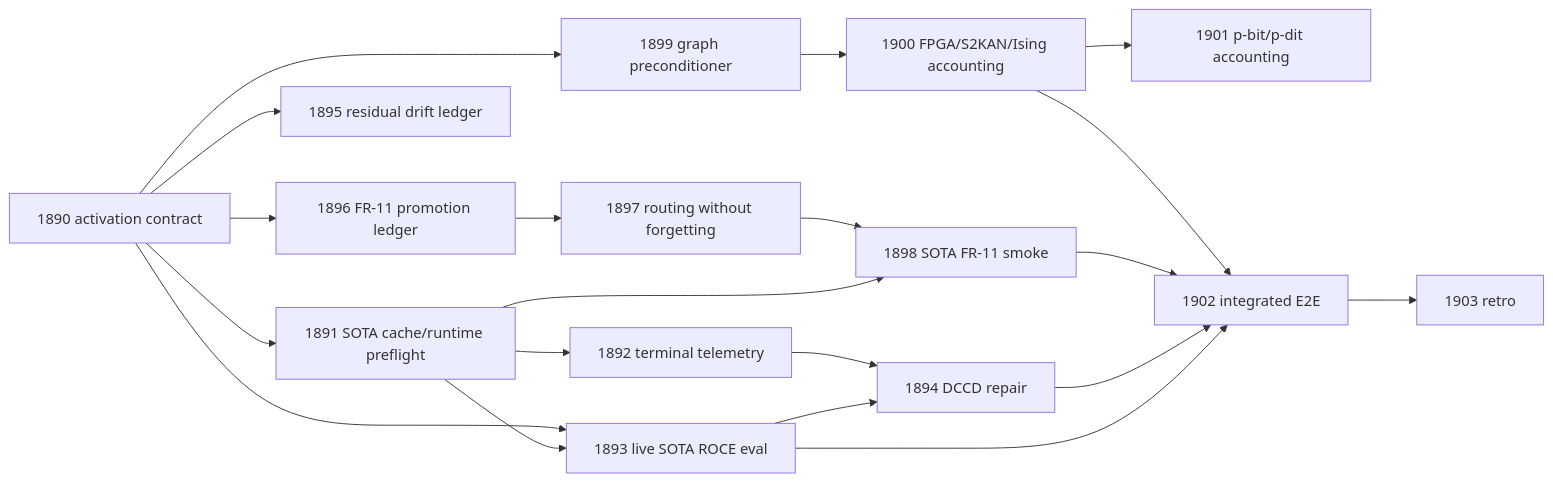
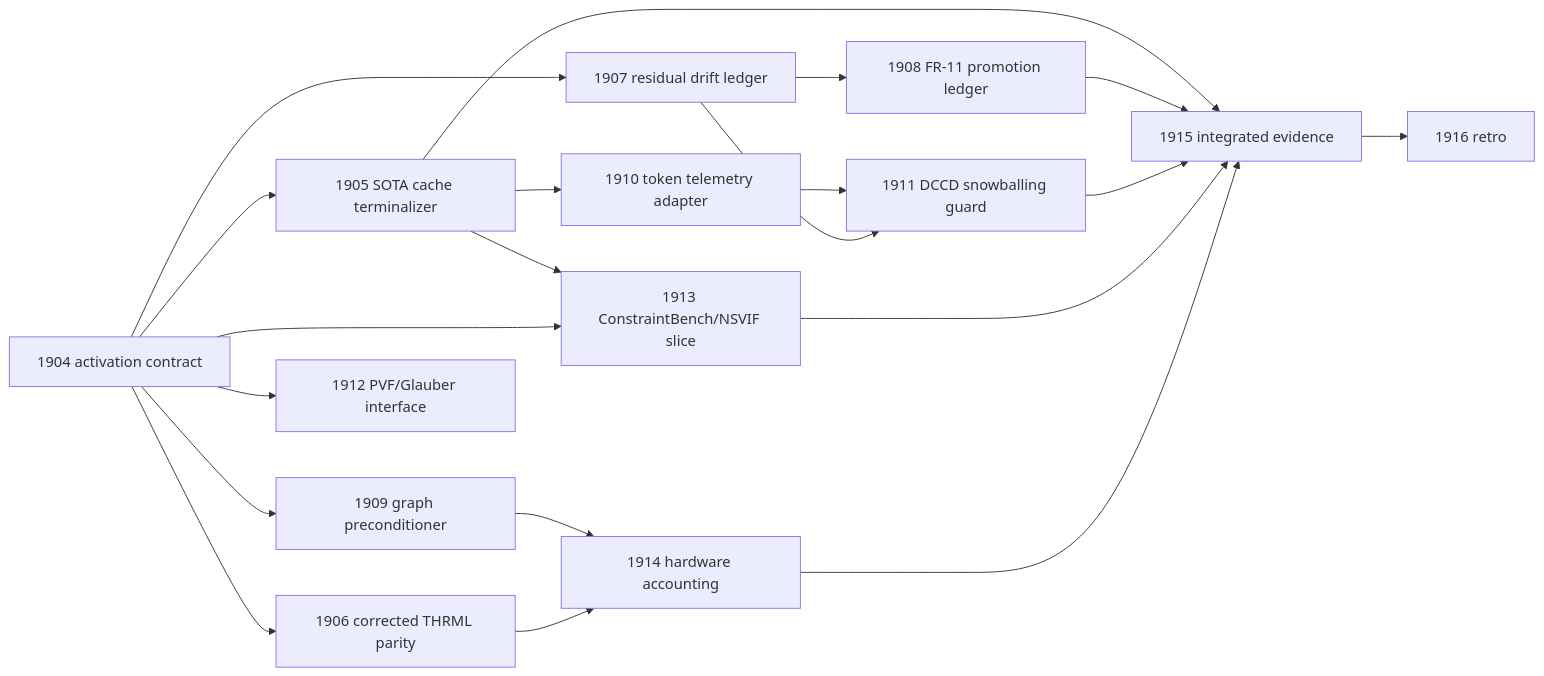
One commit to Carnot-EBM/carnot-ebm changed the second of 2 diagrams in openspec/change-proposals/research-roadmap-vNEXT.md. Above: the diagram before and after it, drawn with Mermaid. The commit also changed other lines of this file and 8 other files, not shown here.

````diff
--- a/openspec/change-proposals/research-roadmap-vNEXT.md
+++ b/openspec/change-proposals/research-roadmap-vNEXT.md
@@ -85,22 +81,22 @@
 ```mermaid
 flowchart LR
-    E1890[1890 activation contract] --> E1891[1891 SOTA cache/runtime preflight]
-    E1891 --> E1892[1892 terminal telemetry]
-    E1891 --> E1893[1893 live SOTA ROCE eval]
-    E1890 --> E1893
-    E1893 --> E1894[1894 DCCD repair]
-    E1892 --> E1894
-    E1890 --> E1895[1895 residual drift ledger]
-    E1890 --> E1896[1896 FR-11 promotion ledger]
-    E1896 --> E1897[1897 routing without forgetting]
-    E1891 --> E1898[1898 SOTA FR-11 smoke]
-    E1897 --> E1898
-    E1890 --> E1899[1899 graph preconditioner]
-    E1899 --> E1900[1900 FPGA/S2KAN/Ising accounting]
-    E1900 --> E1901[1901 p-bit/p-dit accounting]
-    E1893 --> E1902[1902 integrated E2E]
-    E1894 --> E1902
-    E1898 --> E1902
-    E1900 --> E1902
-    E1902 --> E1903[1903 retro]
+    E1904[1904 activation contract] --> E1905[1905 SOTA cache terminalizer]
+    E1904 --> E1906[1906 corrected THRML parity]
+    E1904 --> E1907[1907 residual drift ledger]
+    E1907 --> E1908[1908 FR-11 promotion ledger]
+    E1904 --> E1909[1909 graph preconditioner]
+    E1905 --> E1910[1910 token telemetry adapter]
+    E1910 --> E1911[1911 DCCD snowballing guard]
+    E1907 --> E1911
+    E1904 --> E1912[1912 PVF/Glauber interface]
+    E1905 --> E1913[1913 ConstraintBench/NSVIF slice]
+    E1904 --> E1913
+    E1909 --> E1914[1914 hardware accounting]
+    E1906 --> E1914
+    E1905 --> E1915[1915 integrated evidence]
+    E1908 --> E1915
+    E1911 --> E1915
+    E1913 --> E1915
+    E1914 --> E1915
+    E1915 --> E1916[1916 retro]
 ```
````
